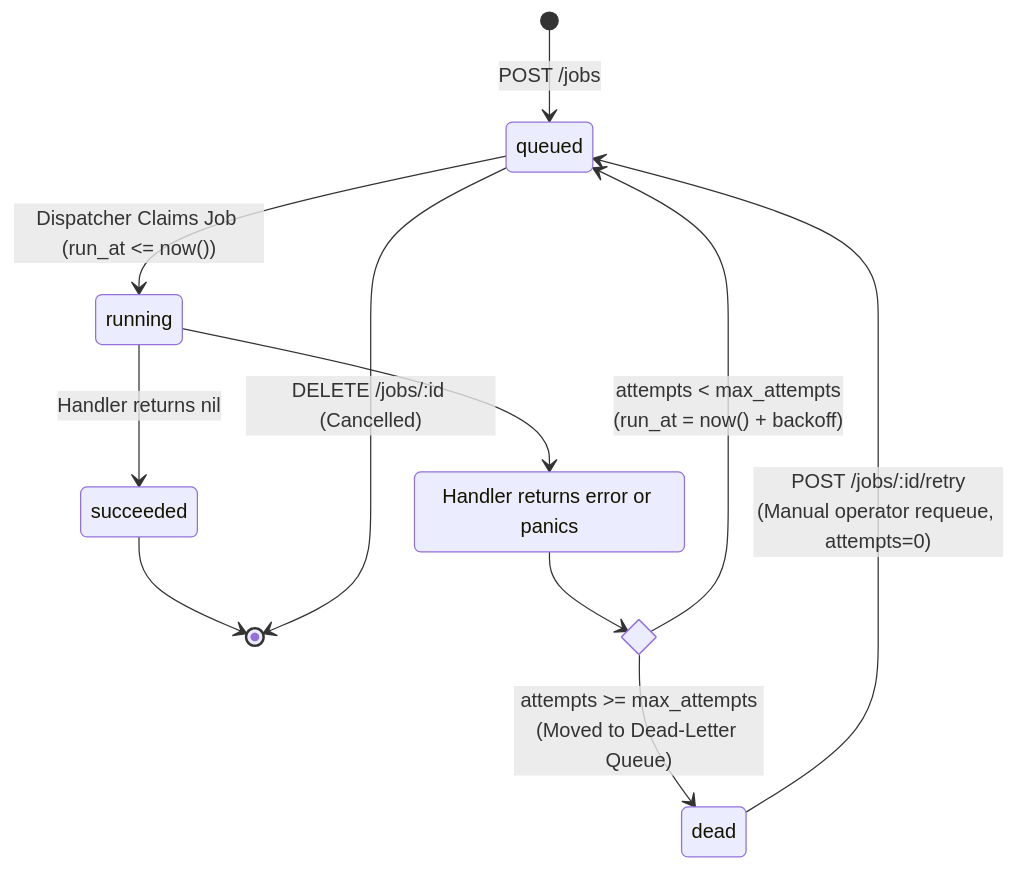
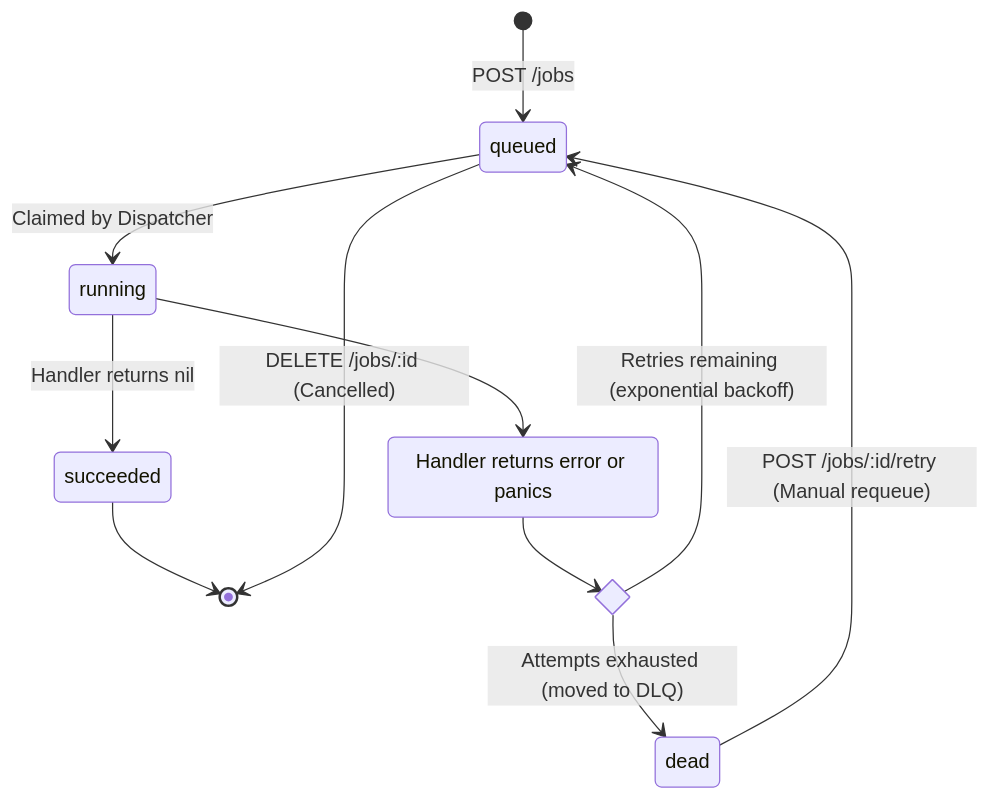
The second of 2 diagrams in README.md (fenet-as/go-job-runner), drawn with Mermaid before and after one commit. The commit also changed other lines of this file, not shown here.

Commit message:
docs: fix Mermaid syntax for GitHub markdown rendering

````diff
--- a/README.md
+++ b/README.md
@@ -66,21 +66,21 @@
 ```mermaid
 stateDiagram-v2
     [*] --> queued: POST /jobs
 
-    queued --> running: Dispatcher Claims Job (run_at <= now())
+    queued --> running: Claimed by Dispatcher
     
     running --> succeeded: Handler returns nil
     succeeded --> [*]
 
     state "Handler returns error or panics" as FailureState
     running --> FailureState
 
     state Decision <<choice>>
     FailureState --> Decision
 
-    Decision --> queued: attempts < max_attempts<br/>(run_at = now() + backoff)
-    Decision --> dead: attempts >= max_attempts<br/>(Moved to Dead-Letter Queue)
+    Decision --> queued: Retries remaining (exponential backoff)
+    Decision --> dead: Attempts exhausted (moved to DLQ)
 
-    dead --> queued: POST /jobs/:id/retry<br/>(Manual operator requeue, attempts=0)
+    dead --> queued: POST /jobs/:id/retry (Manual requeue)
     queued --> [*]: DELETE /jobs/:id (Cancelled)
 ```
````
